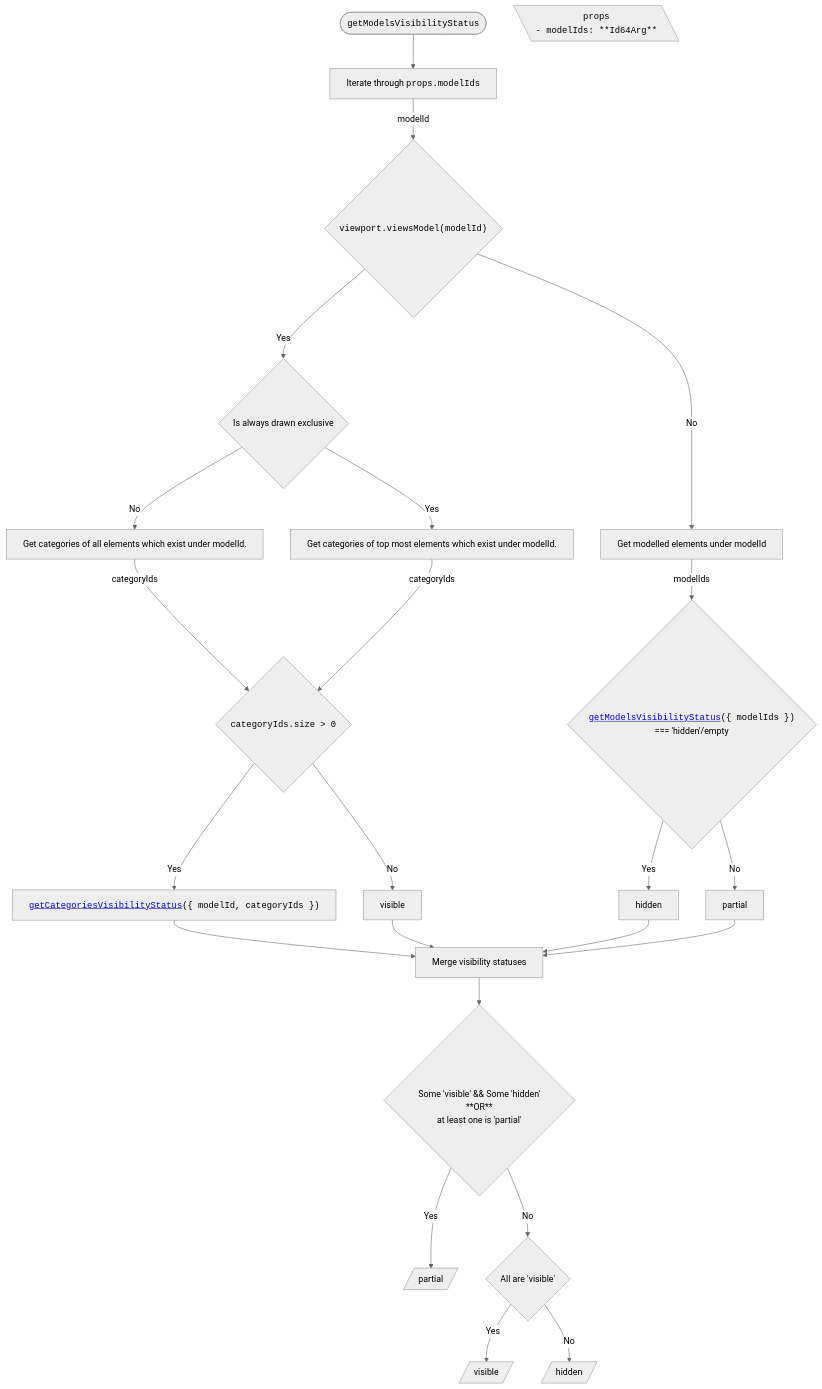
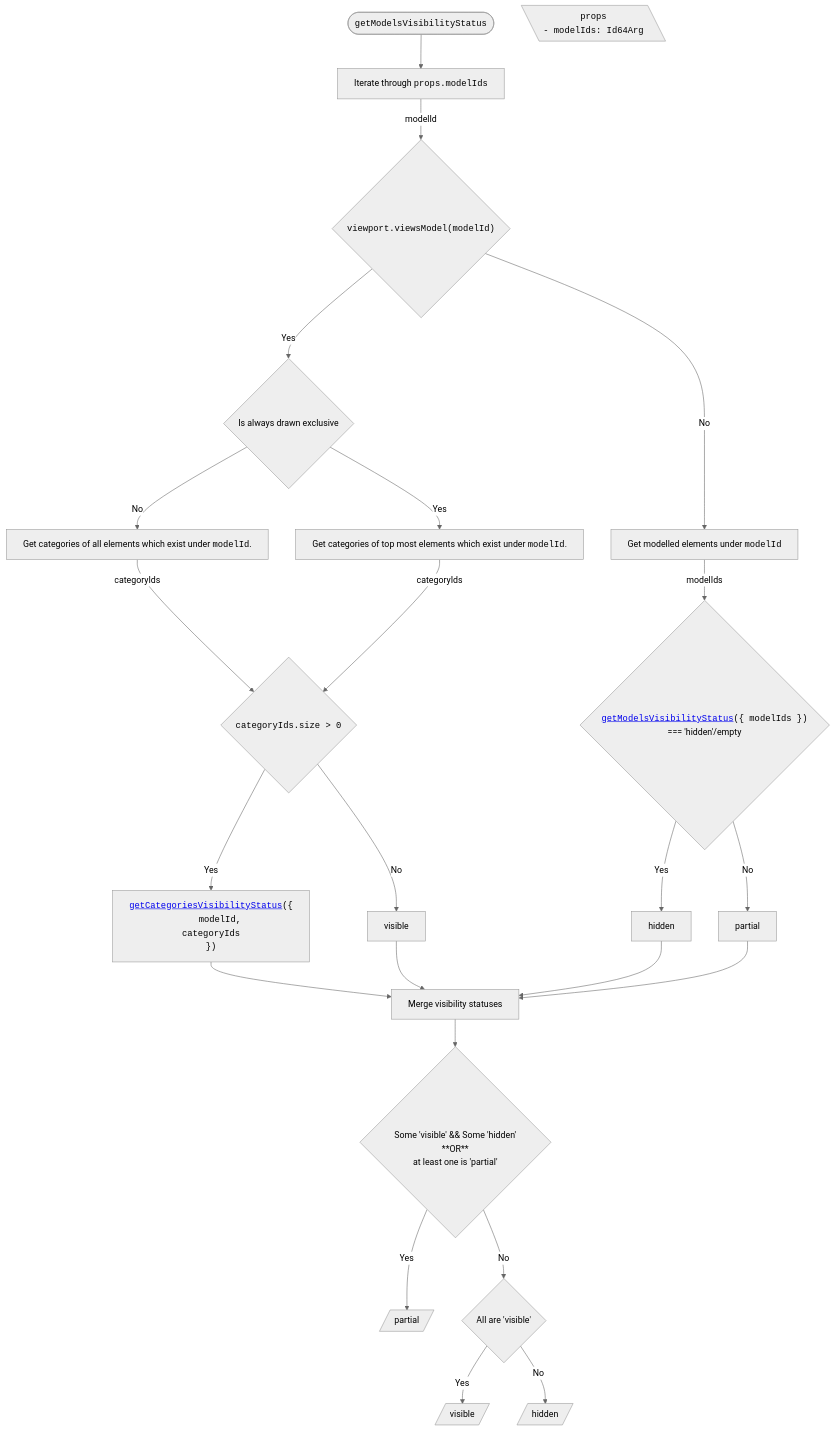
The second of 14 diagrams in packages/itwin/tree-widget/docs/SharedVisibilityHandling.md (iTwin/viewer-components-react), drawn with Mermaid (neutral theme) before and after one commit. The commit also changed other lines of this file and 4 other files, not shown here.

````diff
--- a/packages/itwin/tree-widget/docs/SharedVisibilityHandling.md
+++ b/packages/itwin/tree-widget/docs/SharedVisibilityHandling.md
@@ -84,53 +84,56 @@
 ```mermaid
 ---
 config:
   flowchart:
     wrappingWidth: 750
     useMaxWidth: false
 ---
 
 flowchart TD
   RESULT_Partial[/partial/]
   RESULT_Visible[/visible/]
   RESULT_Hidden[/hidden/]
 
   %% Start
   TITLE(["<code>getModelsVisibilityStatus</code>"]) --> A[Iterate through <code>props.modelIds</code>]
 
   PROPS[\"
     <code>props</code>
-    <code style='text-align: left;'>- modelIds: **Id64Arg**</code>
+    <code style='text-align: left;'>- modelIds: Id64Arg</code>
   "\]
 
   A -- modelId --> B{"<code>viewport.viewsModel(modelId)</code>"}
 
   %% Branch Yes
   B -- Yes --> C1{Is always drawn exclusive}
-  C1 -- No --> C11[Get categories of all elements which exist under modelId.]
-  C1 -- Yes --> C12[Get categories of top most elements which exist under modelId.]
+  C1 -- No --> C11[Get categories of all elements which exist under <code>modelId</code>.]
+  C1 -- Yes --> C12[Get categories of top most elements which exist under <code>modelId</code>.]
   C11 -- categoryIds --> D0{<code>categoryIds.size > 0<code/>}
   C12 -- categoryIds --> D0
-    D0 -- Yes --> D1["<code><a href='#getcategoriesvisibilitystatus'>getCategoriesVisibilityStatus</a>({ modelId, categoryIds })</code>"]
+    D0 -- Yes --> D1["<code style='text-align: left;'><a href='#getcategoriesvisibilitystatus'>getCategoriesVisibilityStatus</a>({
+      <code style='padding-left: 2rem'>modelId,
+      categoryIds</code>
+    })</code>"]
     D0 -- No --> E1[visible]
 
   %% Branch No
-  B -- No --> C2[Get modelled elements under modelId]
+  B -- No --> C2[Get modelled elements under <code>modelId</code>]
   C2 -- modelIds --> D2{"<code><a href='#getmodelsvisibilitystatus'>getModelsVisibilityStatus</a>({ modelIds })</code> <br/> === 'hidden'/empty"}
     D2 -- Yes --> E2[hidden]
     D2 -- No --> E3[partial]
 
   %% Merge
   D1 --> M[Merge visibility statuses]
   E1 --> M
   E2 --> M
   E3 --> M
 
   M --> N{<br/> Some 'visible' && Some 'hidden' <br/> **OR** <br/> at least one is 'partial'}
 
   N -- Yes --> RESULT_Partial
 
   N -- No --> O{All are 'visible'}
 
   O -- Yes --> RESULT_Visible
   O -- No --> RESULT_Hidden
 ```
````
